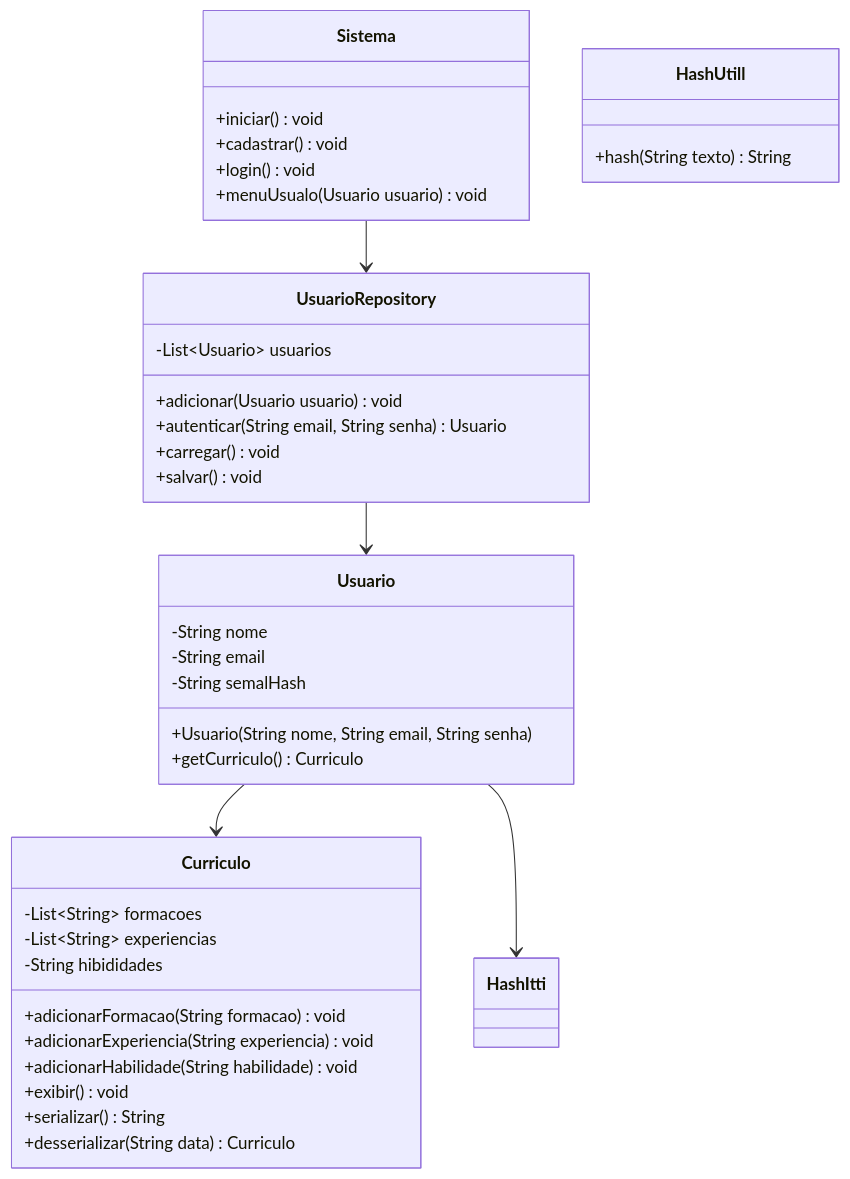
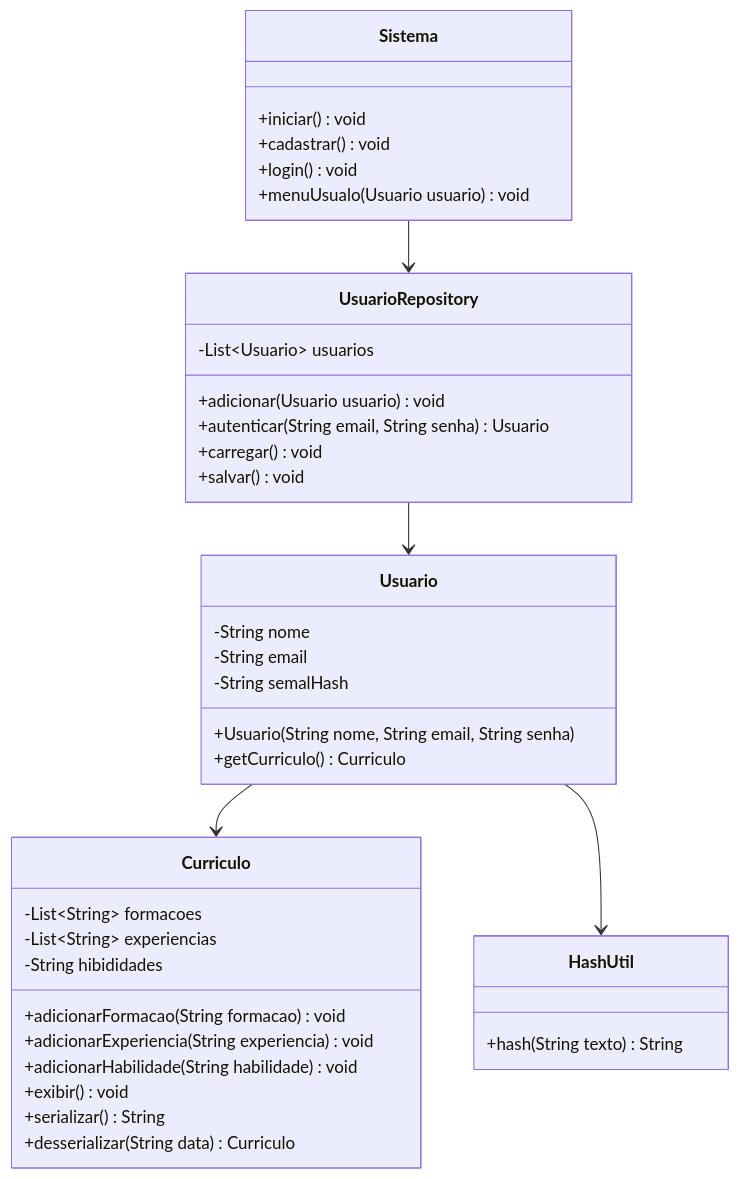
One commit to TempestaGui/OnlineCV-Java changed the diagram in docs/diagrama_classes.md. Above: the diagram before and after it, drawn with Mermaid.

````diff
--- a/docs/diagrama_classes.md
+++ b/docs/diagrama_classes.md
@@ -1,46 +1,46 @@
 ```mermaid
 classDiagram
     class Curriculo {
         -List~String~ formacoes
         -List~String~ experiencias
         -String hibididades
         +adicionarFormacao(String formacao) void
         +adicionarExperiencia(String experiencia) void
         +adicionarHabilidade(String habilidade) void
         +exibir() void
         +serializar() String
         +desserializar(String data) Curriculo
     }
 
     class Usuario {
         -String nome
         -String email
         -String semalHash
         +Usuario(String nome, String email, String senha)
         +getCurriculo() Curriculo
     }
 
     class Sistema {
         +iniciar() void
         +cadastrar() void
         +login() void
         +menuUsualo(Usuario usuario) void
     }
 
     class UsuarioRepository {
         -List~Usuario~ usuarios
         +adicionar(Usuario usuario) void
         +autenticar(String email, String senha) Usuario
         +carregar() void
         +salvar() void
     }
 
-    class HashUtill {
+    class HashUtil {
         +hash(String texto) String
     }
 
     Usuario --> Curriculo
     Sistema --> UsuarioRepository
     UsuarioRepository --> Usuario
-    Usuario --> HashItti
+    Usuario --> HashUtil
 ```
````
